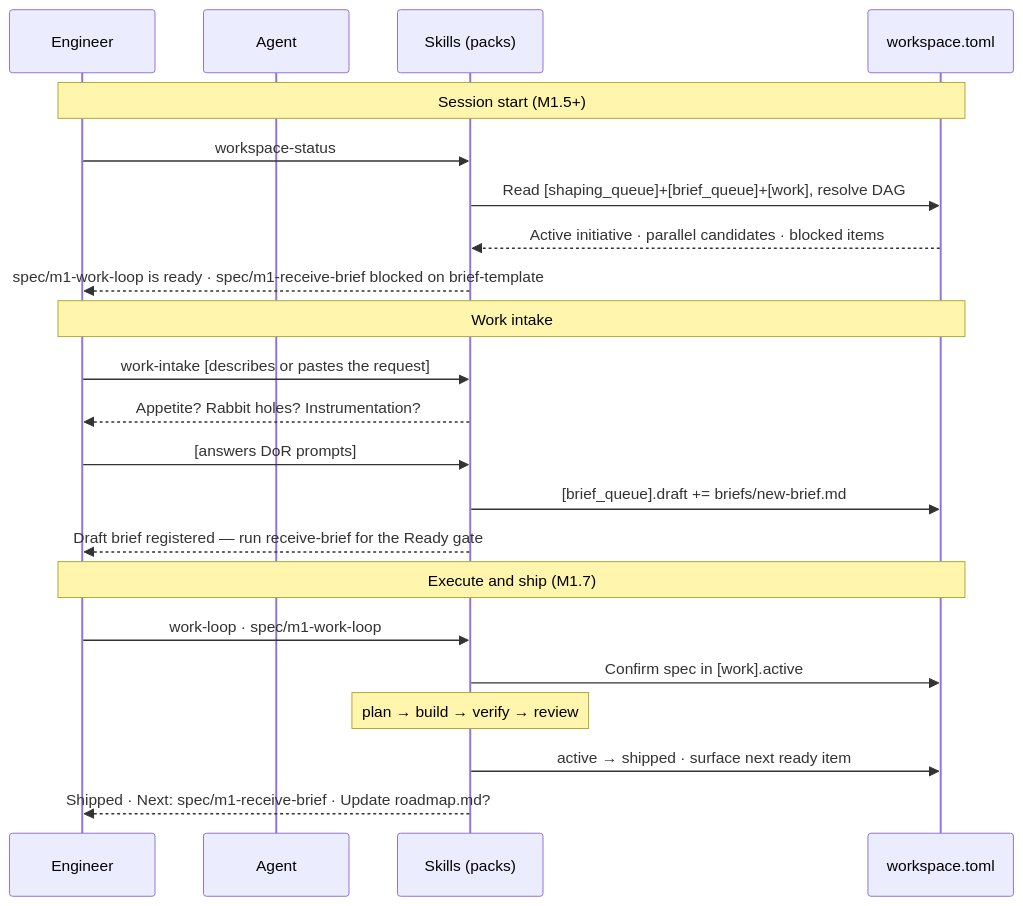
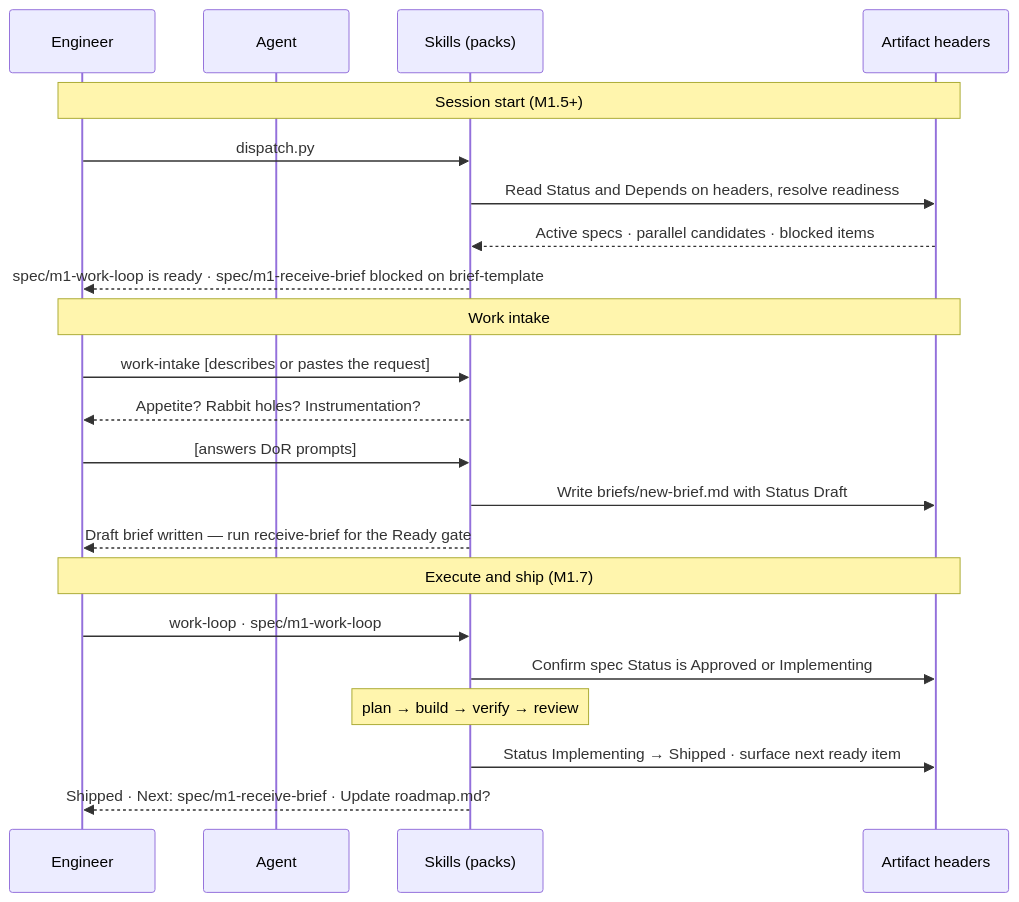
One commit to eugenelim/agent-ready-repo changed the diagram in docs/product/journeys/engineer-adopts-coordination.md. Above: the diagram before and after it, drawn with Mermaid. The commit also changed other lines of this file and 213 other files, not shown here.

First line of the commit message:
feat(core): publish the workspace.toml upgrade notes and move every operative reference off the registry (core 4.0.14)

````diff
--- a/docs/product/journeys/engineer-adopts-coordination.md
+++ b/docs/product/journeys/engineer-adopts-coordination.md
@@ -51,27 +51,27 @@
 ```mermaid
 sequenceDiagram
     participant H as Engineer
     participant A as Agent
     participant SK as Skills (packs)
-    participant WS as workspace.toml
+    participant WS as Artifact headers
 
     Note over H,WS: Session start (M1.5+)
-    H->>SK: workspace-status
-    SK->>WS: Read [shaping_queue]+[brief_queue]+[work], resolve DAG
-    WS-->>SK: Active initiative · parallel candidates · blocked items
+    H->>SK: dispatch.py
+    SK->>WS: Read Status and Depends on headers, resolve readiness
+    WS-->>SK: Active specs · parallel candidates · blocked items
     SK-->>H: spec/m1-work-loop is ready · spec/m1-receive-brief blocked on brief-template
 
     Note over H,WS: Work intake
     H->>SK: work-intake [describes or pastes the request]
     SK-->>H: Appetite? Rabbit holes? Instrumentation?
     H->>SK: [answers DoR prompts]
-    SK->>WS: [brief_queue].draft += briefs/new-brief.md
-    SK-->>H: Draft brief registered — run receive-brief for the Ready gate
+    SK->>WS: Write briefs/new-brief.md with Status Draft
+    SK-->>H: Draft brief written — run receive-brief for the Ready gate
 
     Note over H,WS: Execute and ship (M1.7)
     H->>SK: work-loop · spec/m1-work-loop
-    SK->>WS: Confirm spec in [work].active
+    SK->>WS: Confirm spec Status is Approved or Implementing
     Note over SK: plan → build → verify → review
-    SK->>WS: active → shipped · surface next ready item
+    SK->>WS: Status Implementing → Shipped · surface next ready item
     SK-->>H: Shipped · Next: spec/m1-receive-brief · Update roadmap.md?
 ```
````
